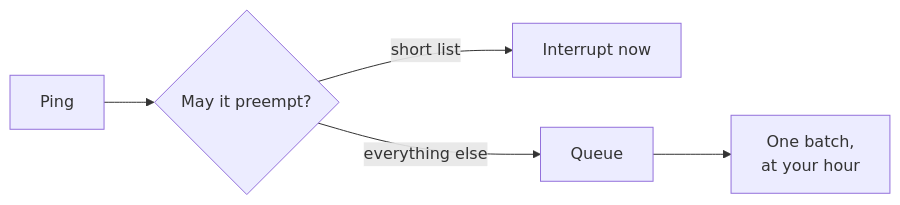
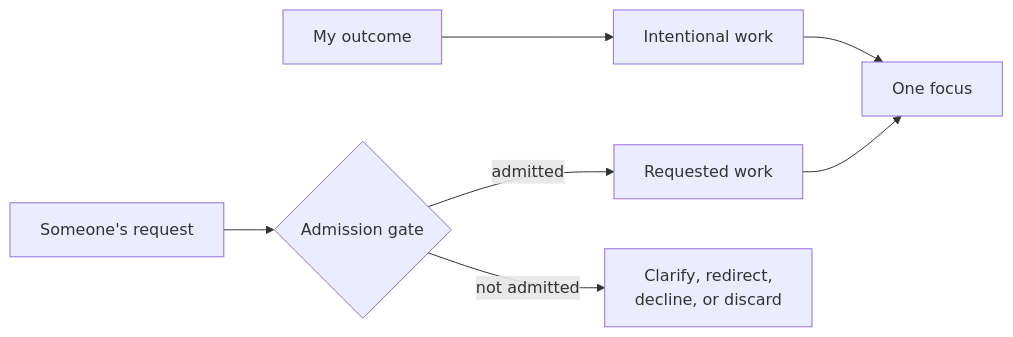
The fourth of 7 diagrams in src/content/blog/how_to_hold_your_map.md (locchh/blogs), drawn with Mermaid before and after one commit. The commit also changed other lines of this file, not shown here.

Commit message:
Rewrite focus and priority section

````diff
--- a/src/content/blog/how_to_hold_your_map.md
+++ b/src/content/blog/how_to_hold_your_map.md
@@ -132,7 +133,9 @@
 ```mermaid
 flowchart LR
-    P[Ping] --> Q{May it preempt?}
-    Q -->|"short list"| I[Interrupt now]
-    Q -->|"everything else"| W[Queue]
-    W --> B[One batch,<br/>at your hour]
+    G[My outcome] --> I[Intentional work]
+    R[Someone's request] --> A{Admission gate}
+    A -->|admitted| Q[Requested work]
+    A -->|not admitted| N[Clarify, redirect,<br/>decline, or discard]
+    I --> F[One focus]
+    Q --> F
 ```
````
